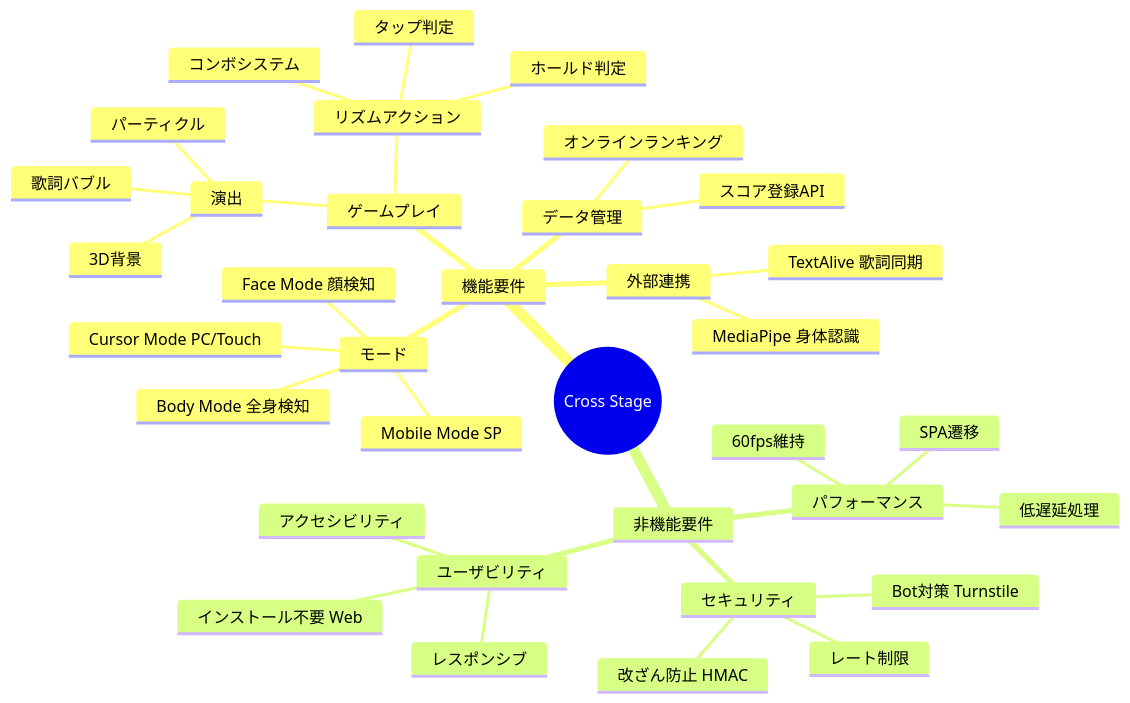
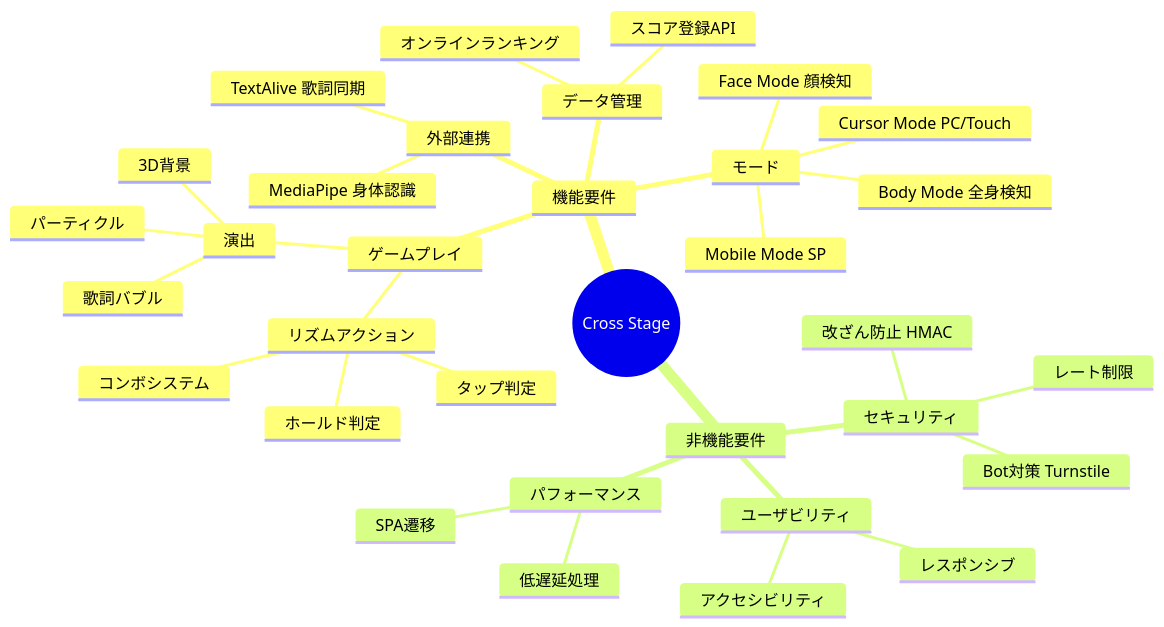
The fifth of 9 diagrams in README.md (syusyusyusyu/star), drawn with Mermaid before and after one commit. The commit also changed 1 other file, not shown here.

Commit message:
fix: READMEから不要な項目を削除し、ゲームのパフォーマンス要件を明確化

````diff
--- a/README.md
+++ b/README.md
@@ -155,38 +155,36 @@
 ```mermaid
 mindmap
   root((Cross Stage))
     機能要件
       ゲームプレイ
         リズムアクション
           タップ判定
           ホールド判定
           コンボシステム
         演出
           歌詞バブル
           3D背景
           パーティクル
       モード
         Cursor Mode PC/Touch
         Mobile Mode SP
         Body Mode 全身検知
         Face Mode 顔検知
       外部連携
         TextAlive 歌詞同期
         MediaPipe 身体認識
       データ管理
         オンラインランキング
         スコア登録API
     非機能要件
       パフォーマンス
-        60fps維持
         低遅延処理
         SPA遷移
       セキュリティ
         Bot対策 Turnstile
         改ざん防止 HMAC
         レート制限
       ユーザビリティ
         レスポンシブ
-        インストール不要 Web
         アクセシビリティ
 ```
````
